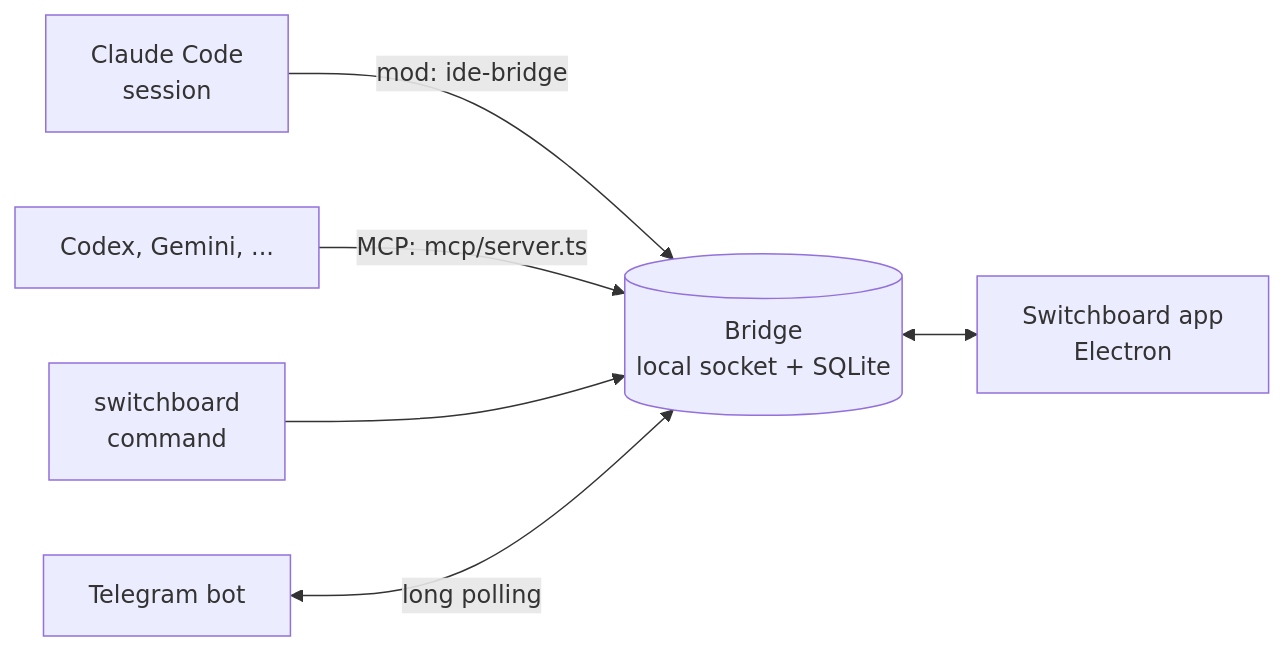
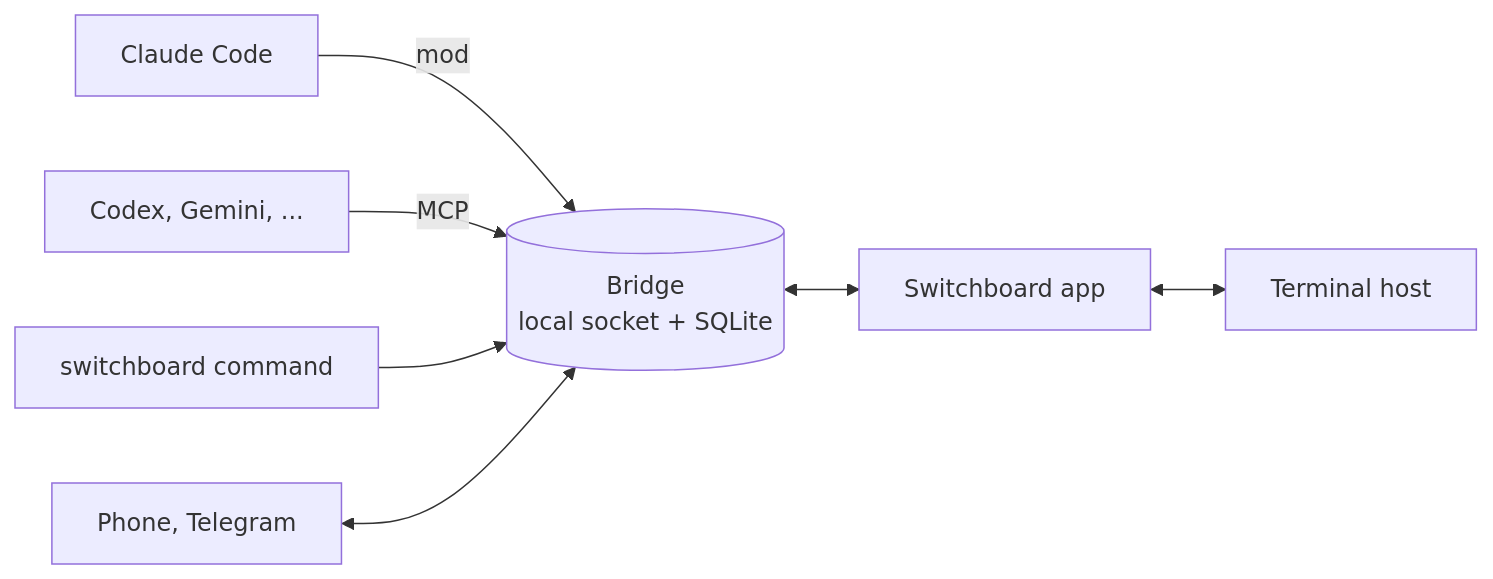
The diagram in README.en.md (choco5958/switchboard), drawn with Mermaid before and after one commit. The commit also changed other lines of this file and 16 other files, not shown here.

````diff
--- a/README.en.md
+++ b/README.en.md
@@ -149,8 +309,9 @@
 ```mermaid
 flowchart LR
-  cc["Claude Code<br/>session"] -- "mod: ide-bridge" --> bridge
-  cli["Codex, Gemini, ..."] -- "MCP: mcp/server.ts" --> bridge
-  cmd["switchboard<br/>command"] --> bridge
-  tg["Telegram bot"] <-->|"long polling"| bridge
-  bridge[("Bridge<br/>local socket + SQLite")] <--> app["Switchboard app<br/>Electron"]
+  cc["Claude Code"] -- "mod" --> bridge
+  cli["Codex, Gemini, ..."] -- "MCP" --> bridge
+  cmd["switchboard command"] --> bridge
+  phone["Phone, Telegram"] <--> bridge
+  bridge[("Bridge<br/>local socket + SQLite")] <--> app["Switchboard app"]
+  app <--> host["Terminal host"]
 ```
````
